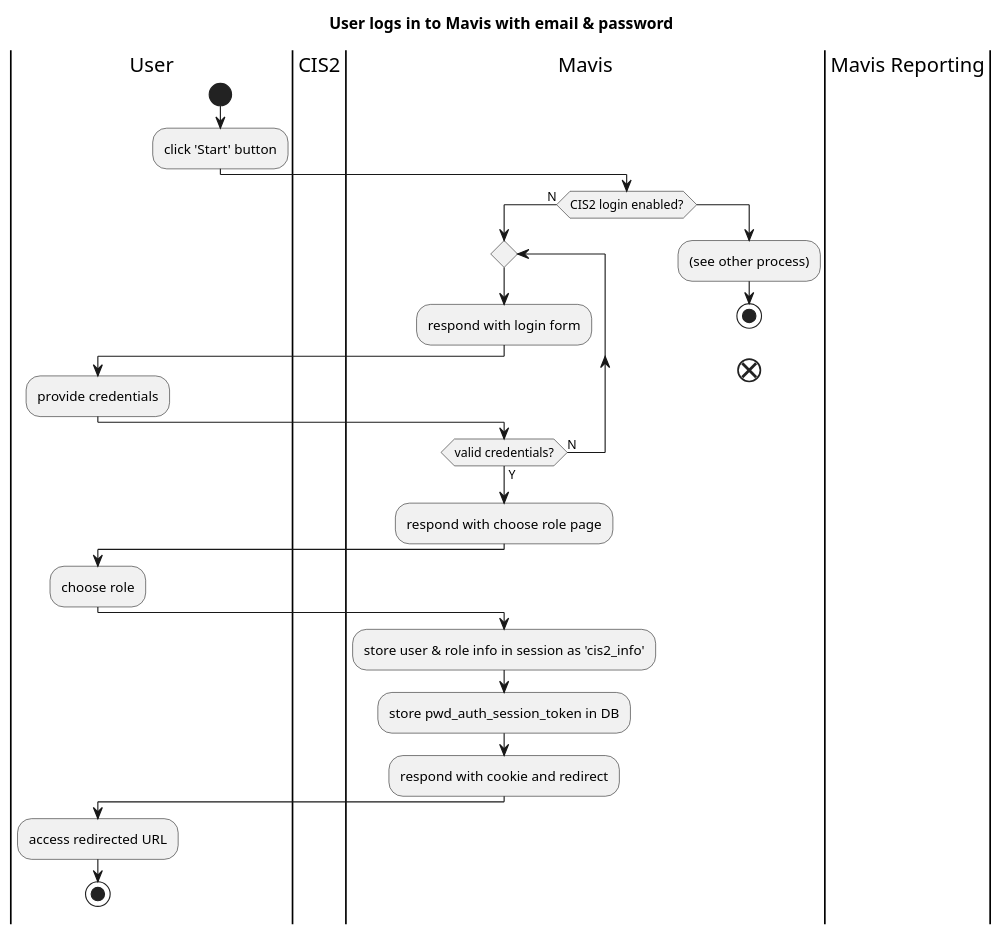
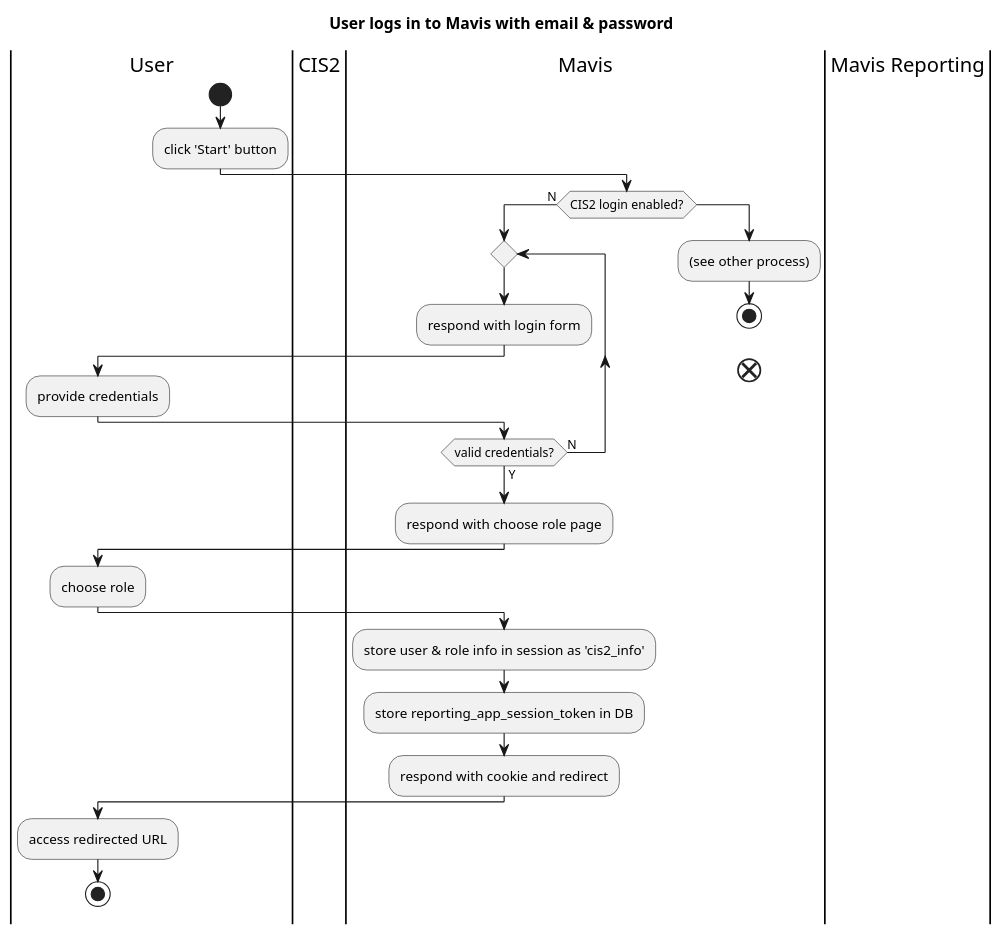
The diagram in docs/diagrams/reporting_auth/user-logs-in-to-mavis-with-local-pwd.puml (nhsuk/manage-vaccinations-in-schools), drawn with PlantUML before and after one commit. The commit also changed 15 other files, not shown here.

First line of the commit message:
re-scope the reporting API controller to be under /reporting-api/, and inherit a base_controller which handles the auth and ensures that reporting_app feature flag is enabled. Fixes MAV-1558 and MAV-1588

```diff
--- a/docs/diagrams/reporting_auth/user-logs-in-to-mavis-with-local-pwd.puml
+++ b/docs/diagrams/reporting_auth/user-logs-in-to-mavis-with-local-pwd.puml
@@ -1,33 +1,33 @@
 @startuml
 title "User logs in to Mavis with email & password" 
 |User|
 |CIS2|
 |Mavis|
 |Mavis Reporting|
 |User|
 start
 :click 'Start' button;
 |Mavis|
 if (CIS2 login enabled?) is (N) then
     repeat
         :respond with login form;
         |User|
         :provide credentials;
         |Mavis|
     repeat while (valid credentials?) is (N) not (Y)
     :respond with choose role page;
     |User|
     :choose role;
     |Mavis|
     :store user & role info in session as 'cis2_info';
-    :store pwd_auth_session_token in DB;
+    :store reporting_app_session_token in DB;
     :respond with cookie and redirect;
     |User|
     :access redirected URL;
     stop
 else
     |Mavis|
     :(see other process);
     stop
 end
 @enduml
```
